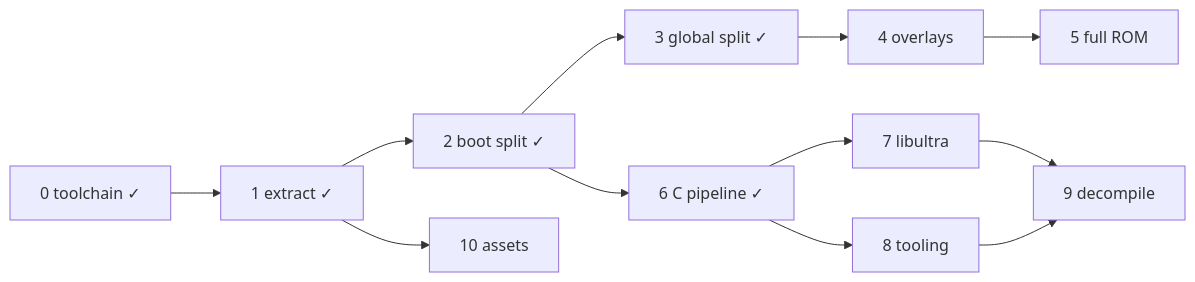
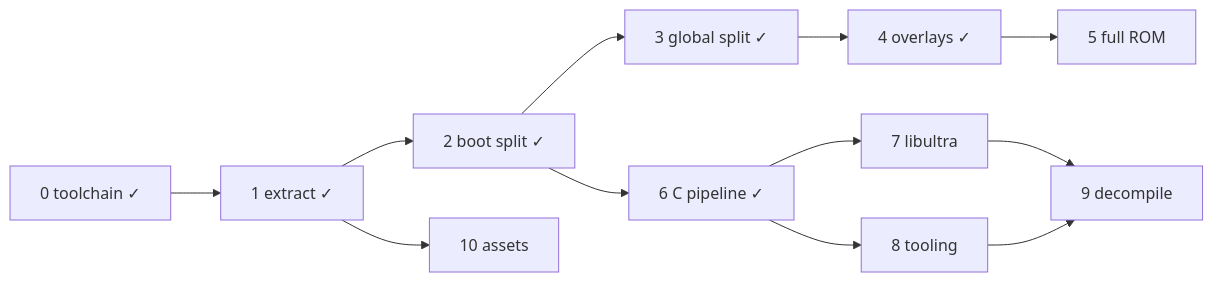
Before and after one commit to Unstripped/decomp_dk64: the diagram in ROADMAP.md, drawn with Mermaid. The commit also changed other lines of this file and 1 other file, not shown here.

Commit message:
Docs: overlay splits in ROADMAP and AGENTS layout

````diff
--- a/ROADMAP.md
+++ b/ROADMAP.md
@@ -85,7 +87,7 @@
 ```mermaid
 graph LR
-  C0[0 toolchain ✓] --> C1[1 extract ✓] --> C2[2 boot split ✓] --> C3[3 global split ✓] --> C4[4 overlays] --> C5[5 full ROM]
+  C0[0 toolchain ✓] --> C1[1 extract ✓] --> C2[2 boot split ✓] --> C3[3 global split ✓] --> C4[4 overlays ✓] --> C5[5 full ROM]
   C2 --> C6[6 C pipeline ✓] --> C7[7 libultra] --> C9[9 decompile]
   C6 --> C8[8 tooling] --> C9
   C1 --> C10[10 assets]
 ```
````
